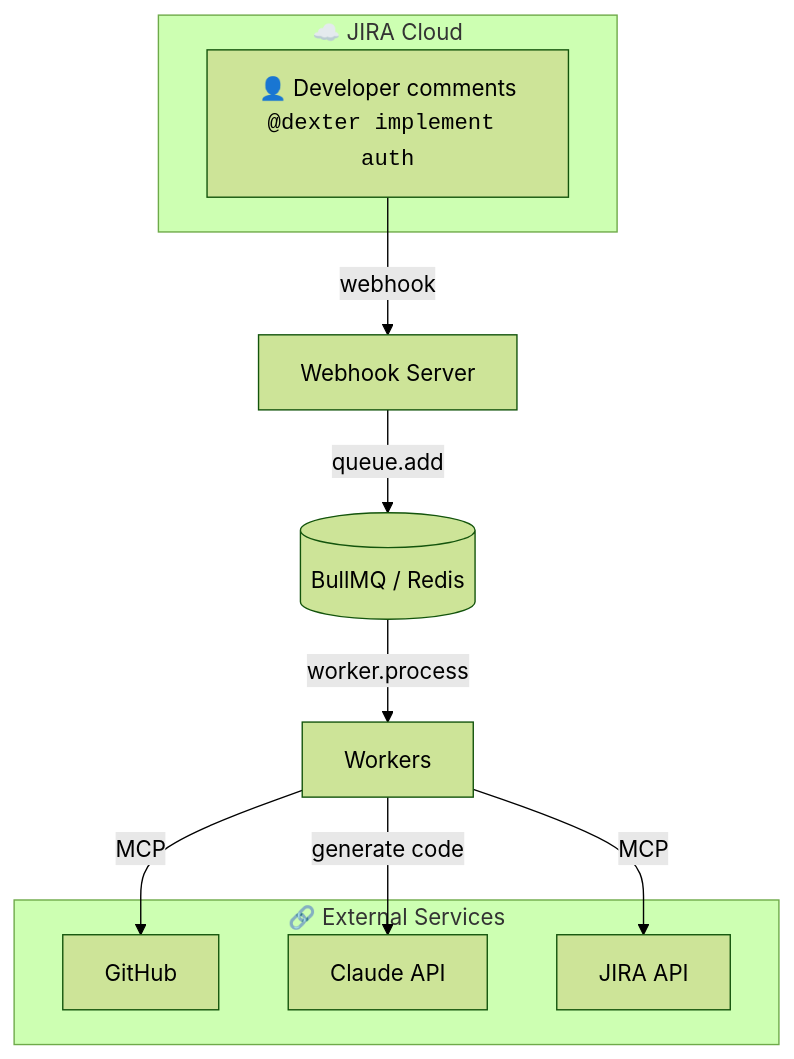
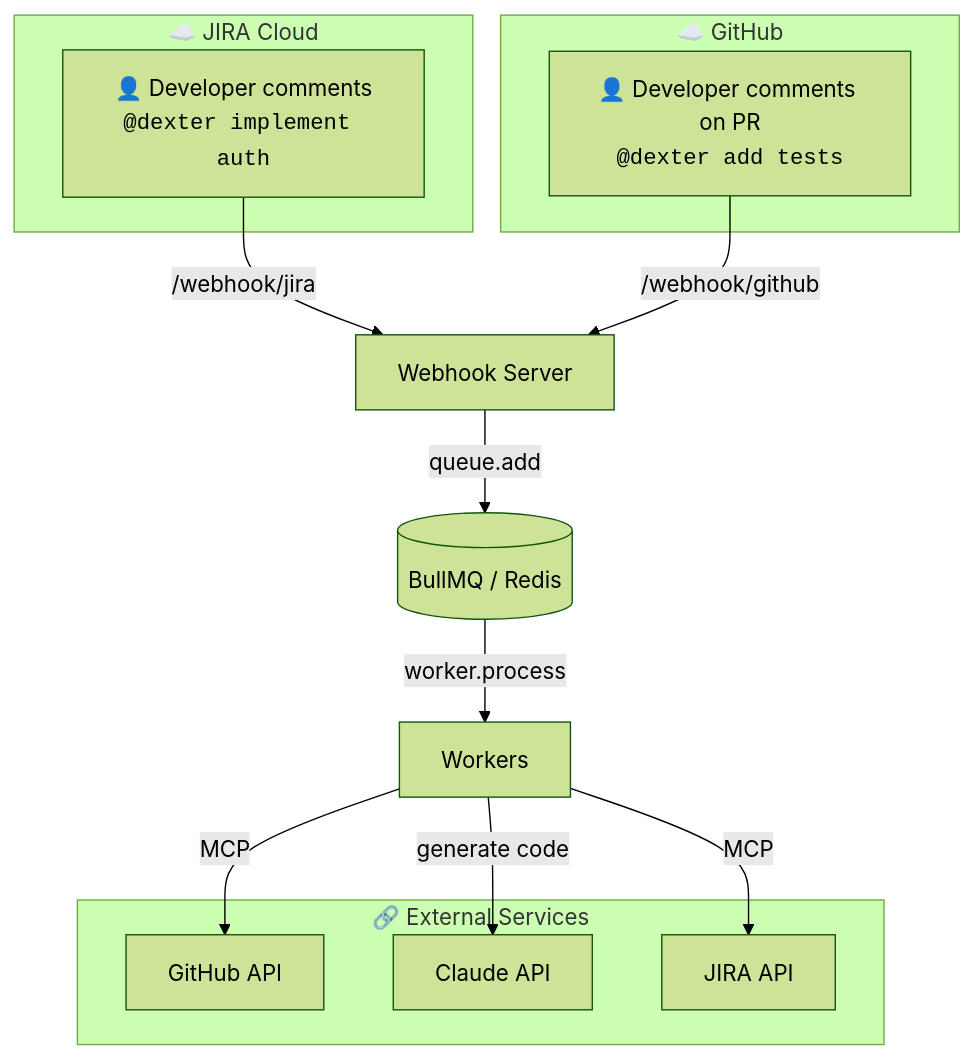
Before and after one commit to mappedin-dev/mapthew: the first of 6 diagrams in docs/architecture.md, drawn with Mermaid (forest theme). The commit also changed other lines of this file and 10 other files, not shown here.

````diff
--- a/docs/architecture.md
+++ b/docs/architecture.md
@@ -7,23 +11,28 @@
 ```mermaid
 flowchart TD
     subgraph JIRA["☁️ JIRA Cloud"]
         A[👤 Developer comments<br/><code>@dexter implement auth</code>]
+    end
+
+    subgraph GitHub["☁️ GitHub"]
+        G[👤 Developer comments on PR<br/><code>@dexter add tests</code>]
     end
 
     B[Webhook Server]
     C[("BullMQ / Redis")]
     D[Workers]
 
     subgraph External["🔗 External Services"]
-        H[GitHub]
+        H[GitHub API]
         I[Claude API]
         J[JIRA API]
     end
 
-    A -->|webhook| B
+    A -->|/webhook/jira| B
+    G -->|/webhook/github| B
     B -->|queue.add| C
     C -->|worker.process| D
     D -->|MCP| J
     D -->|MCP| H
     D -->|generate code| I
 ```
````
